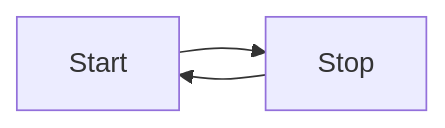
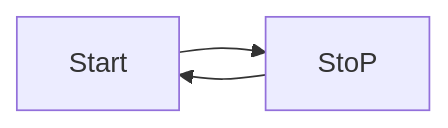
Before and after one commit to NU-Teams/TEST-MERMAIDJS-ACTION: the diagram in README.md, drawn with Mermaid.

````diff
--- a/README.md
+++ b/README.md
@@ -7,6 +7,6 @@
 ```mermaid
 flowchart LR
-    Start --> Stop
-    Stop --> Start
+    Start --> StoP
+    StoP --> Start
     
 ```
````
